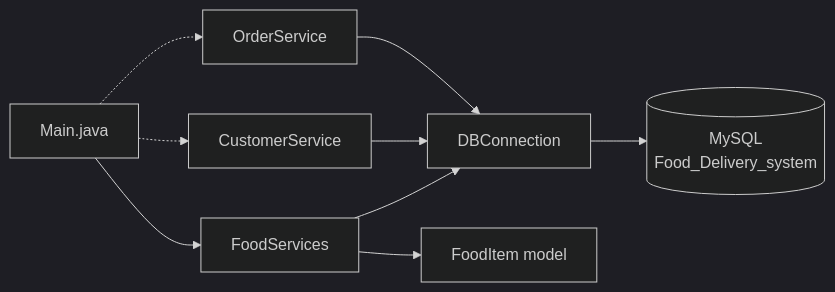
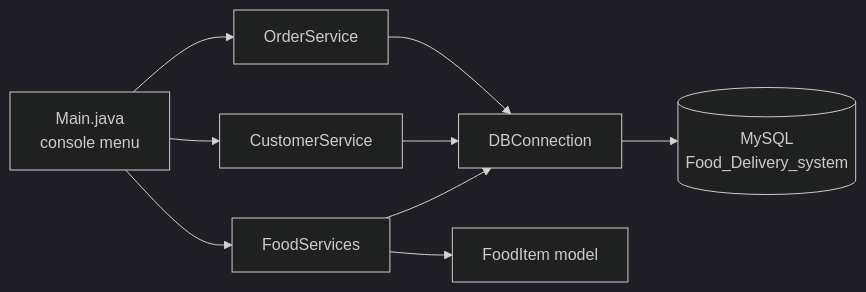
Before and after one commit to pratikgodase07/CASE-STUDY-1: the first of 3 diagrams in README.md, drawn with Mermaid (dark theme). The commit also changed other lines of this file, not shown here.

First line of the commit message:
Update README with Java version and feature details

````diff
--- a/README.md
+++ b/README.md
@@ -43,11 +48,11 @@
 ```mermaid
 flowchart LR
-    M[Main.java] --> FS[FoodServices]
-    M -.-> CS[CustomerService]
-    M -.-> OS[OrderService]
+    M[Main.java<br/>console menu] --> FS[FoodServices]
+    M --> CS[CustomerService]
+    M --> OS[OrderService]
     FS --> DB[DBConnection]
     CS --> DB
     OS --> DB
     FS --> FI[FoodItem model]
     DB --> SQL[(MySQL<br/>Food_Delivery_system)]
 ```
````
